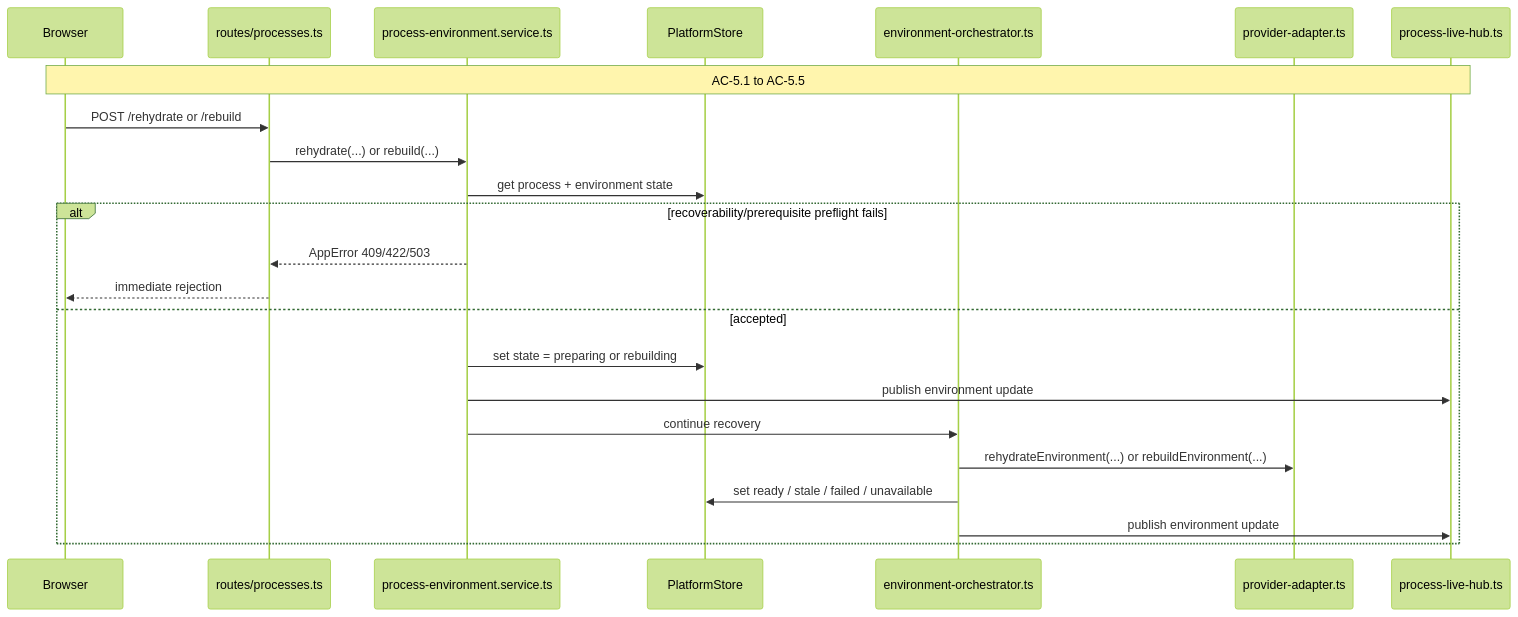
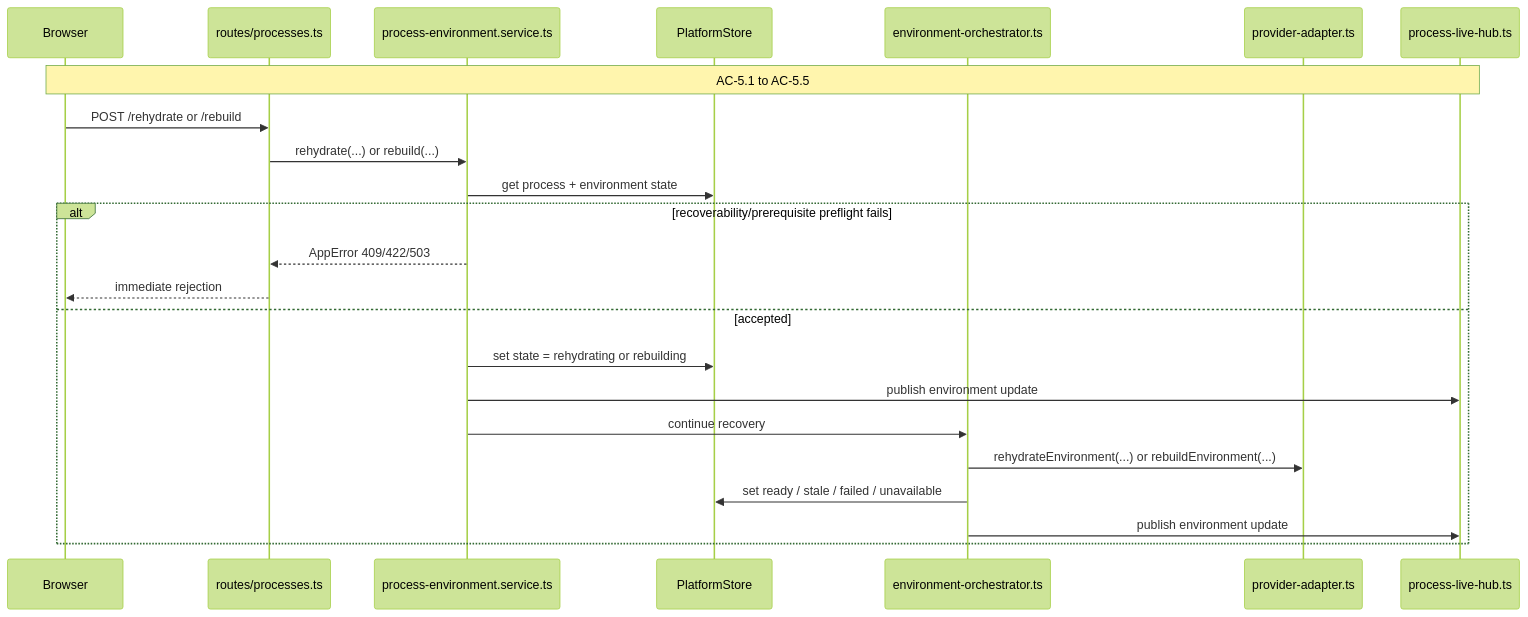
One commit to liminal-ai/liminal-build changed the sixth of 7 diagrams in docs/spec-build/v2/epics/03--process-environment-and-controlled-execution/tech-design-server.md. Above: the diagram before and after it, drawn with Mermaid (forest theme). The commit also changed other lines of this file and 70 other files, not shown here.

````diff
--- a/docs/spec-build/v2/epics/03--process-environment-and-controlled-execution/tech-design-server.md
+++ b/docs/spec-build/v2/epics/03--process-environment-and-controlled-execution/tech-design-server.md
@@ -992,26 +1027,26 @@
 ```mermaid
 sequenceDiagram
     participant Browser
     participant Route as routes/processes.ts
     participant EnvSvc as process-environment.service.ts
     participant Store as PlatformStore
     participant Orch as environment-orchestrator.ts
     participant Provider as provider-adapter.ts
     participant Live as process-live-hub.ts
 
     Note over Browser,Live: AC-5.1 to AC-5.5
     Browser->>Route: POST /rehydrate or /rebuild
     Route->>EnvSvc: rehydrate(...) or rebuild(...)
     EnvSvc->>Store: get process + environment state
     alt recoverability/prerequisite preflight fails
         EnvSvc-->>Route: AppError 409/422/503
         Route-->>Browser: immediate rejection
     else accepted
-        EnvSvc->>Store: set state = preparing or rebuilding
+        EnvSvc->>Store: set state = rehydrating or rebuilding
         EnvSvc->>Live: publish environment update
         EnvSvc->>Orch: continue recovery
         Orch->>Provider: rehydrateEnvironment(...) or rebuildEnvironment(...)
         Orch->>Store: set ready / stale / failed / unavailable
         Orch->>Live: publish environment update
     end
 ```
````
